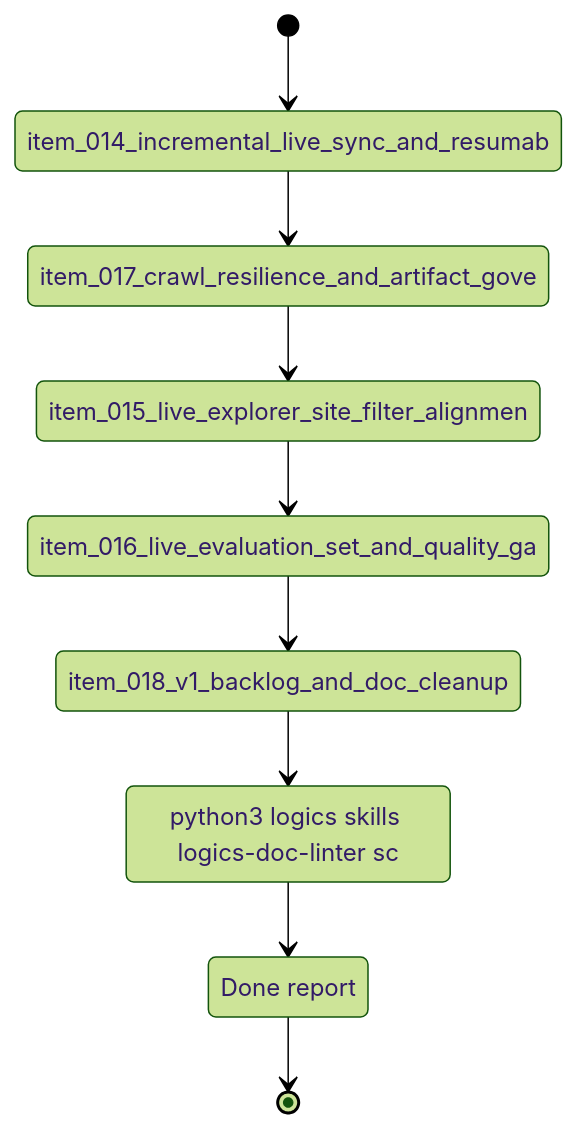
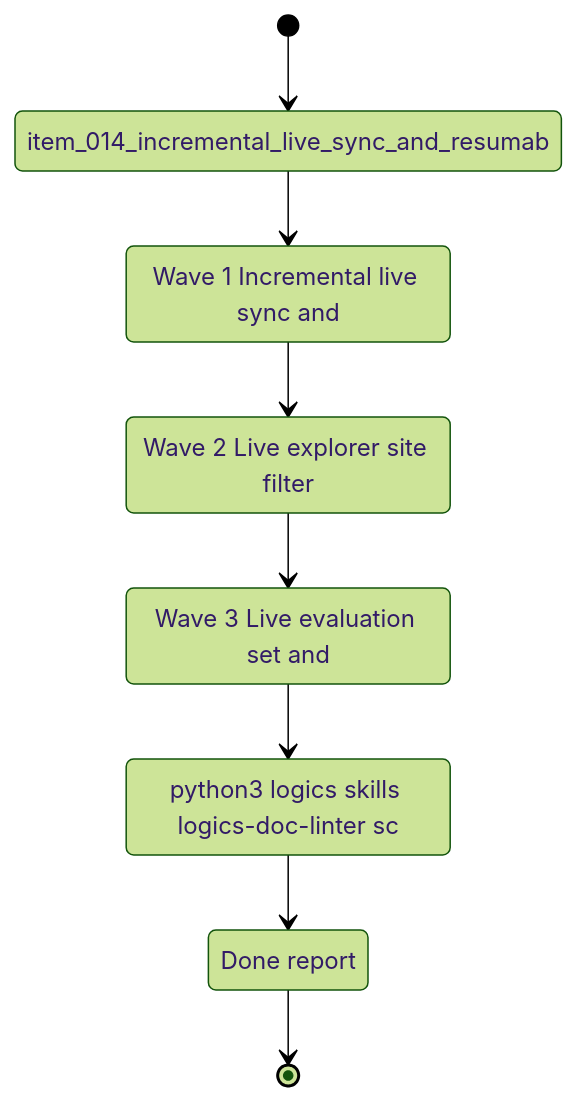
Before and after one commit to AlexAgo83/deepvault: the diagram in logics/tasks/task_009_local_hardening_and_v1_scope_evolution.md, drawn with Mermaid (forest theme). The commit also changed 28 other files, not shown here.

````diff
--- a/logics/tasks/task_009_local_hardening_and_v1_scope_evolution.md
+++ b/logics/tasks/task_009_local_hardening_and_v1_scope_evolution.md
@@ -25,20 +25,18 @@
 ```mermaid
 %% logics-kind: task
 %% logics-signature: task|v1-scope-evolution-local-hardening-and-l|item-014-incremental-live-sync-and-resum|wave-1-incremental-live-sync-and|python3-logics-skills-logics-doc-linter-
 stateDiagram-v2
-    state "item_014_incremental_live_sync_and_resumab" as Wave1a
-    state "item_017_crawl_resilience_and_artifact_gove" as Wave1b
-    state "item_015_live_explorer_site_filter_alignmen" as Wave2
-    state "item_016_live_evaluation_set_and_quality_ga" as Wave3
-    state "item_018_v1_backlog_and_doc_cleanup" as Wave4
+    state "item_014_incremental_live_sync_and_resumab" as Backlog
+    state "Wave 1 Incremental live sync and" as Scope
+    state "Wave 2 Live explorer site filter" as Build
+    state "Wave 3 Live evaluation set and" as Verify
     state "python3 logics skills logics-doc-linter sc" as Validation
     state "Done report" as Report
-    [*] --> Wave1a
-    Wave1a --> Wave1b
-    Wave1b --> Wave2
-    Wave2 --> Wave3
-    Wave3 --> Wave4
-    Wave4 --> Validation
+    [*] --> Backlog
+    Backlog --> Scope
+    Scope --> Build
+    Build --> Verify
+    Verify --> Validation
     Validation --> Report
     Report --> [*]
 ```
````
